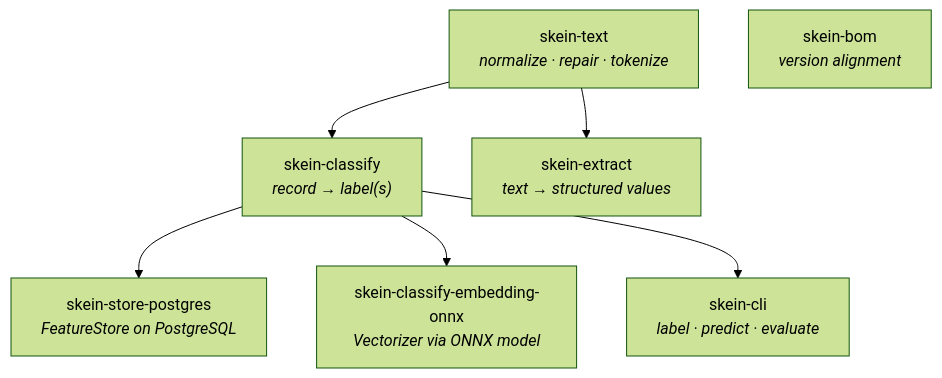
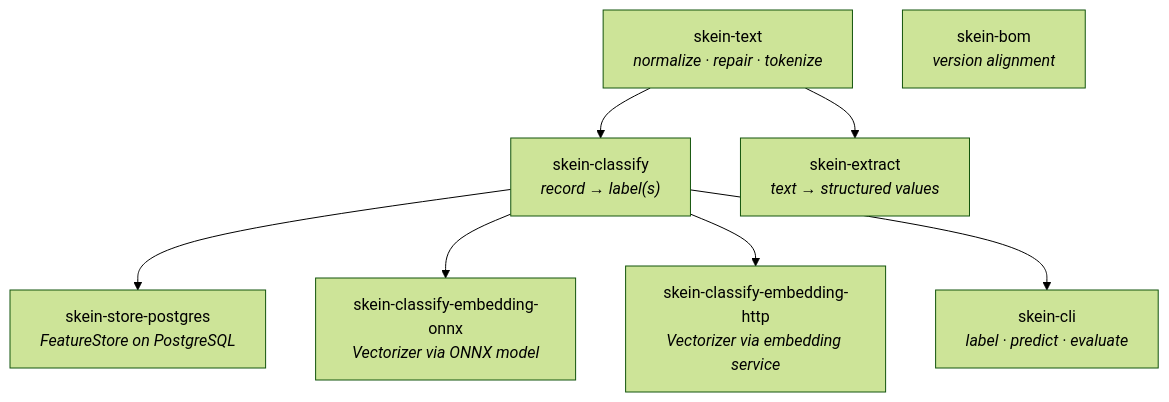
Before and after one commit to Ragin-LundF/smart-skein: the diagram in README.md, drawn with Mermaid (forest theme). The commit also changed other lines of this file and 95 other files, not shown here.

````diff
--- a/README.md
+++ b/README.md
@@ -67,16 +67,18 @@
 ```mermaid
 graph TD
     text["skein-text<br/><i>normalize · repair · tokenize</i>"]
     classify["skein-classify<br/><i>record → label(s)</i>"]
     extract["skein-extract<br/><i>text → structured values</i>"]
     postgres["skein-store-postgres<br/><i>FeatureStore on PostgreSQL</i>"]
     onnx["skein-classify-embedding-onnx<br/><i>Vectorizer via ONNX model</i>"]
+    http["skein-classify-embedding-http<br/><i>Vectorizer via embedding service</i>"]
     cli["skein-cli<br/><i>label · predict · evaluate</i>"]
     bom["skein-bom<br/><i>version alignment</i>"]
 
     text --> classify
     text --> extract
     classify --> postgres
     classify --> onnx
+    classify --> http
     classify --> cli
 ```
````
